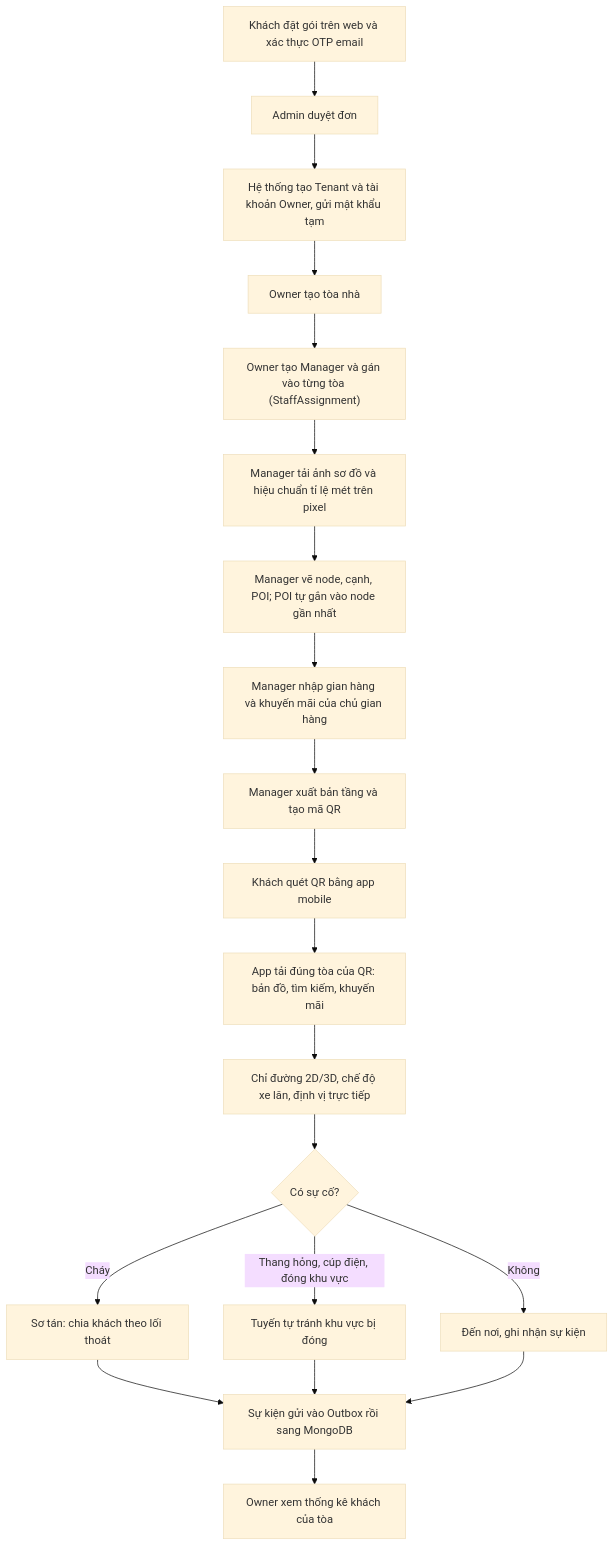
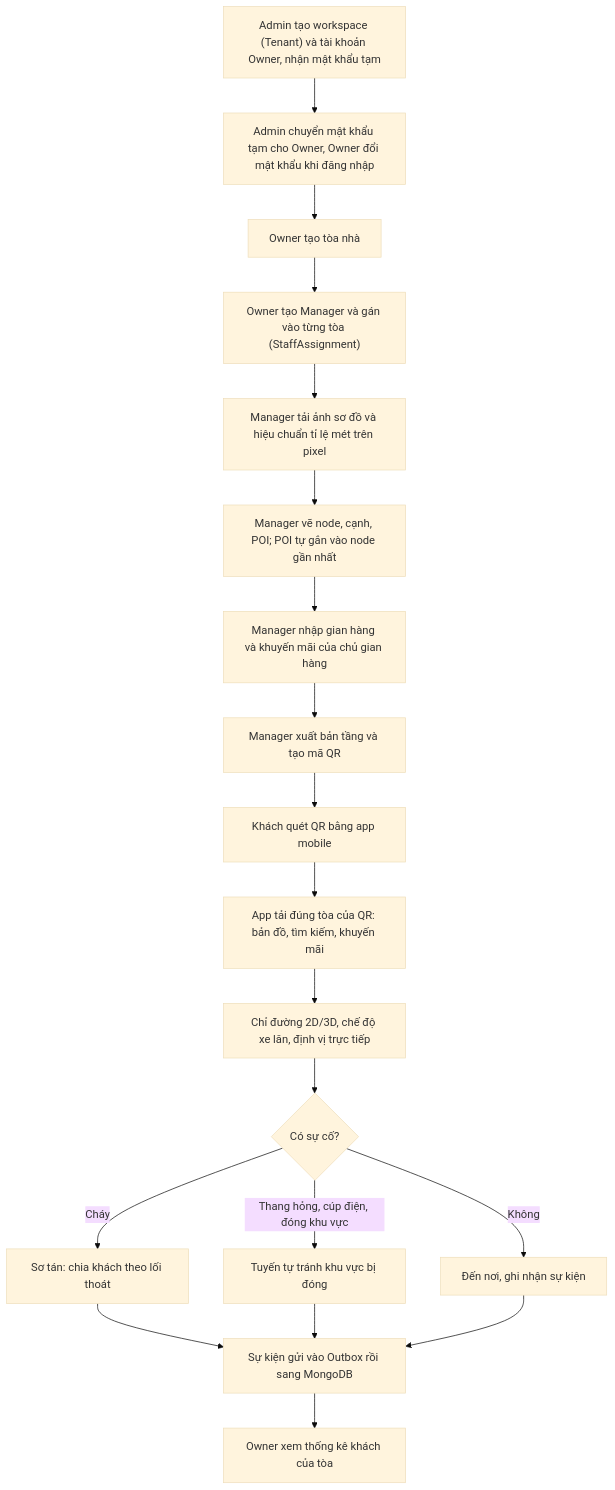
One commit to TrungHieu-09/SpotWay-FE changed the first of 18 diagrams in docs/SpotWay-Diagrams.md. Above: the diagram before and after it, drawn with Mermaid (base theme). The commit also changed other lines of this file and 3 other files, not shown here.

Commit message:
docs: sửa sơ đồ theo đúng code (không có đăng ký, đặt gói, OTP; thêm dịch vụ phân tích sơ đồ)

````diff
--- a/docs/SpotWay-Diagrams.md
+++ b/docs/SpotWay-Diagrams.md
@@ -13,22 +13,21 @@
 ```mermaid
 flowchart TD
-  A["Khách đặt gói trên web và xác thực OTP email"] --> B["Admin duyệt đơn"]
-  B --> C["Hệ thống tạo Tenant và tài khoản Owner, gửi mật khẩu tạm"]
+  A["Admin tạo workspace (Tenant) và tài khoản Owner, nhận mật khẩu tạm"] --> C["Admin chuyển mật khẩu tạm cho Owner, Owner đổi mật khẩu khi đăng nhập"]
   C --> D["Owner tạo tòa nhà"]
   D --> E["Owner tạo Manager và gán vào từng tòa (StaffAssignment)"]
   E --> F["Manager tải ảnh sơ đồ và hiệu chuẩn tỉ lệ mét trên pixel"]
   F --> G["Manager vẽ node, cạnh, POI; POI tự gắn vào node gần nhất"]
   G --> H["Manager nhập gian hàng và khuyến mãi của chủ gian hàng"]
   H --> I["Manager xuất bản tầng và tạo mã QR"]
   I --> J["Khách quét QR bằng app mobile"]
   J --> K["App tải đúng tòa của QR: bản đồ, tìm kiếm, khuyến mãi"]
   K --> L["Chỉ đường 2D/3D, chế độ xe lăn, định vị trực tiếp"]
   L --> M{"Có sự cố?"}
   M -- "Cháy" --> N["Sơ tán: chia khách theo lối thoát"]
   M -- "Thang hỏng, cúp điện, đóng khu vực" --> O["Tuyến tự tránh khu vực bị đóng"]
   M -- "Không" --> P["Đến nơi, ghi nhận sự kiện"]
   N --> Q["Sự kiện gửi vào Outbox rồi sang MongoDB"]
   O --> Q
   P --> Q
   Q --> R["Owner xem thống kê khách của tòa"]
 ```
````
